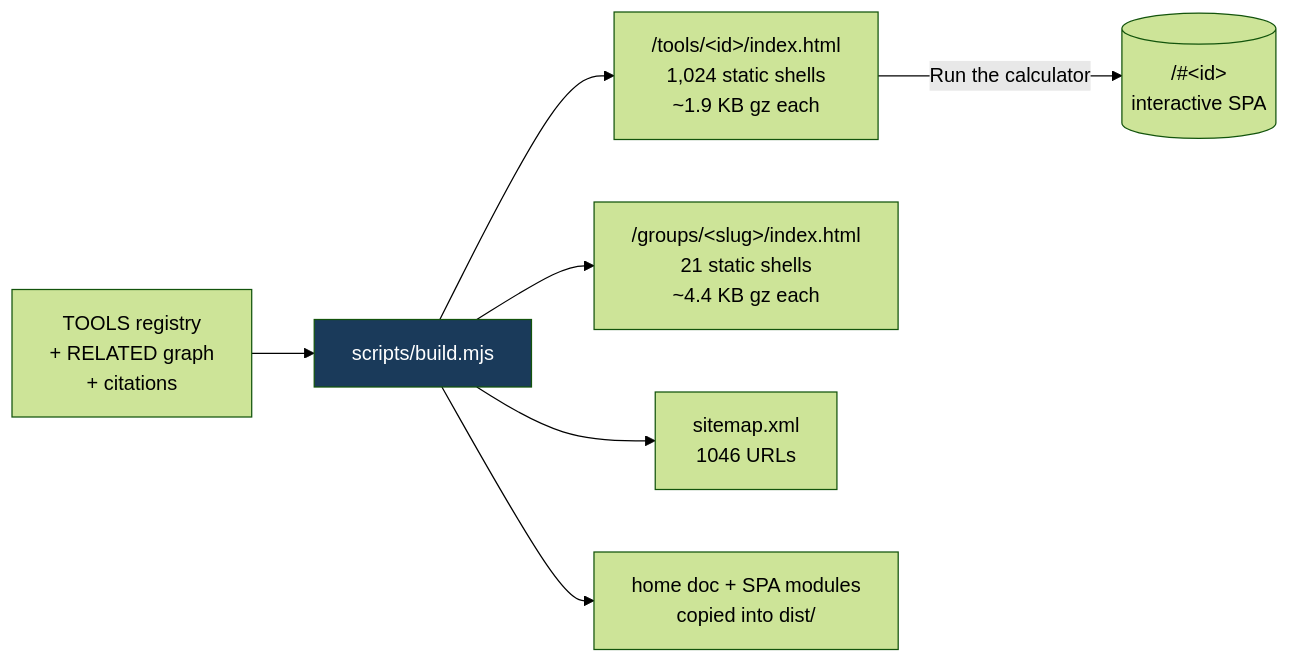
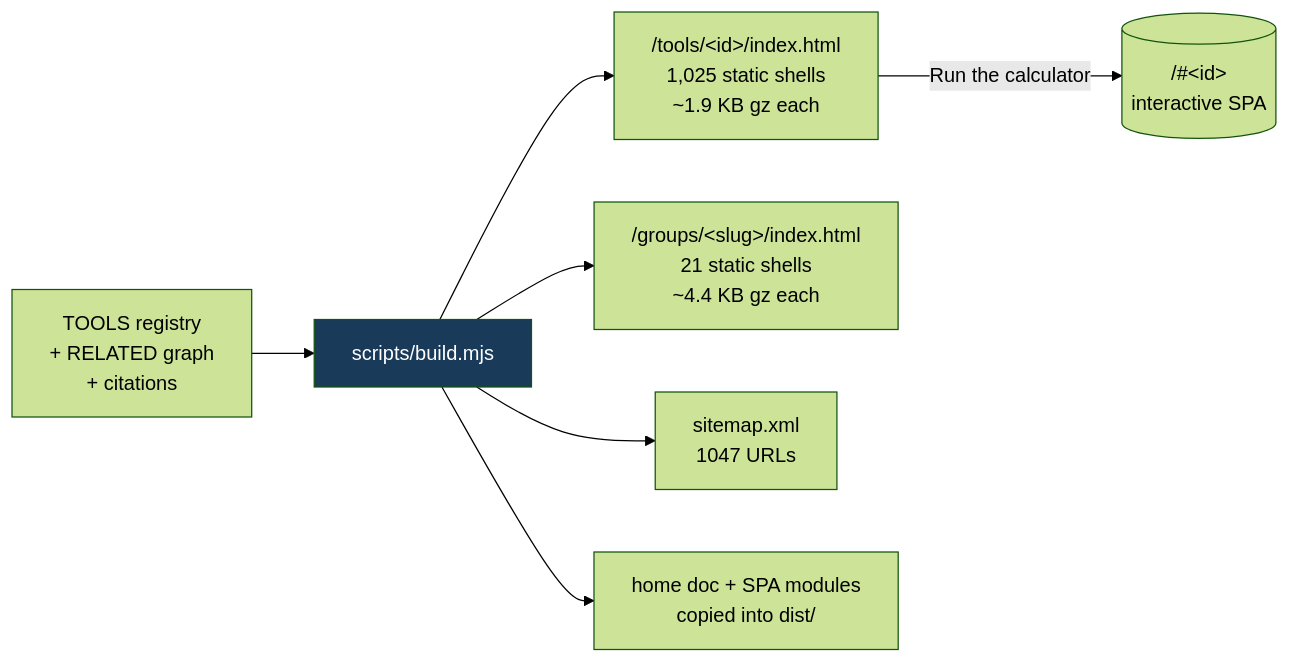
One commit to clay-good/roughlogic.com changed the fifth of 8 diagrams in README.md. Above: the diagram before and after it, drawn with Mermaid (forest theme). The commit also changed other lines of this file and 13 other files, not shown here.

````diff
--- a/README.md
+++ b/README.md
@@ -495,10 +495,10 @@
 ```mermaid
 flowchart LR
     SRC[TOOLS registry\n+ RELATED graph\n+ citations] --> BUILD[scripts/build.mjs]
-    BUILD --> TILE["/tools/&lt;id&gt;/index.html\n1,024 static shells\n~1.9 KB gz each"]
+    BUILD --> TILE["/tools/&lt;id&gt;/index.html\n1,025 static shells\n~1.9 KB gz each"]
     BUILD --> GROUP["/groups/&lt;slug&gt;/index.html\n21 static shells\n~4.4 KB gz each"]
-    BUILD --> MAP["sitemap.xml\n1046 URLs"]
+    BUILD --> MAP["sitemap.xml\n1047 URLs"]
     BUILD --> COPY[home doc + SPA modules\ncopied into dist/]
     TILE -->|Run the calculator| SPA[("/#&lt;id&gt;\ninteractive SPA")]
     style BUILD fill:#1a3a5a,color:#fff
 ```
````
